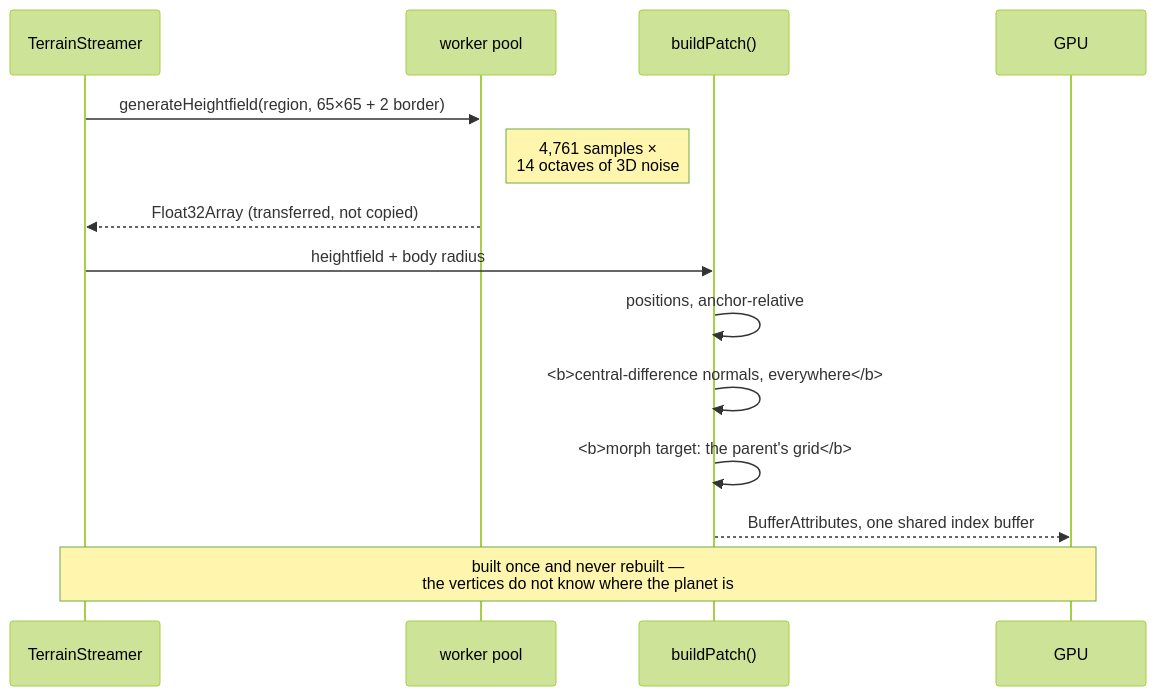
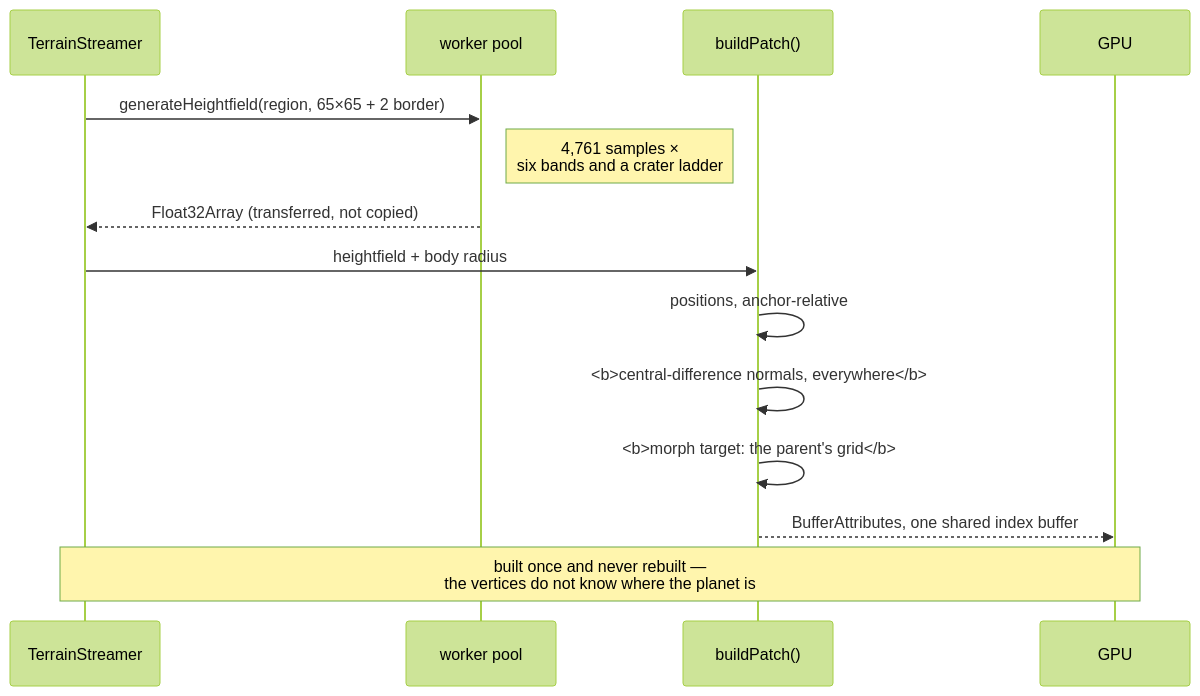
The seventh of 9 diagrams in docs/concepts/rendering.md (jonjaques/inertialref), drawn with Mermaid (forest theme) before and after one commit. The commit also changed 65 other files, not shown here.

First line of the commit message:
The ground is a geology, not three bands of noise (#34)

````diff
--- a/docs/concepts/rendering.md
+++ b/docs/concepts/rendering.md
@@ -241,17 +241,17 @@
 ```mermaid
 sequenceDiagram
     participant S as TerrainStreamer
     participant P as worker pool
     participant B as buildPatch()
     participant G as GPU
 
     S->>P: generateHeightfield(region, 65×65 + 2 border)
-    Note right of P: 4,761 samples ×<br/>14 octaves of 3D noise
+    Note right of P: 4,761 samples ×<br/>six bands and a crater ladder
     P-->>S: Float32Array (transferred, not copied)
     S->>B: heightfield + body radius
     B->>B: positions, anchor-relative
     B->>B: <b>central-difference normals, everywhere</b>
     B->>B: <b>morph target: the parent's grid</b>
     B-->>G: BufferAttributes, one shared index buffer
     Note over S,G: built once and never rebuilt —<br/>the vertices do not know where the planet is
 ```
````
